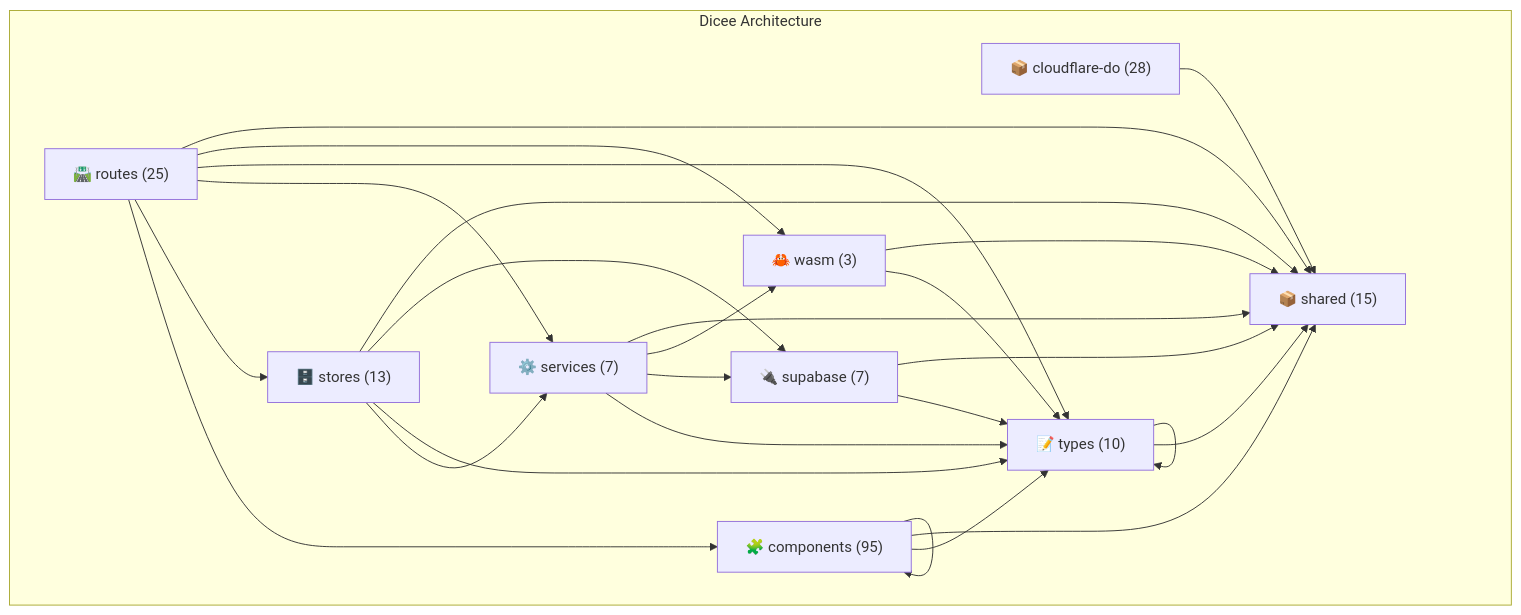
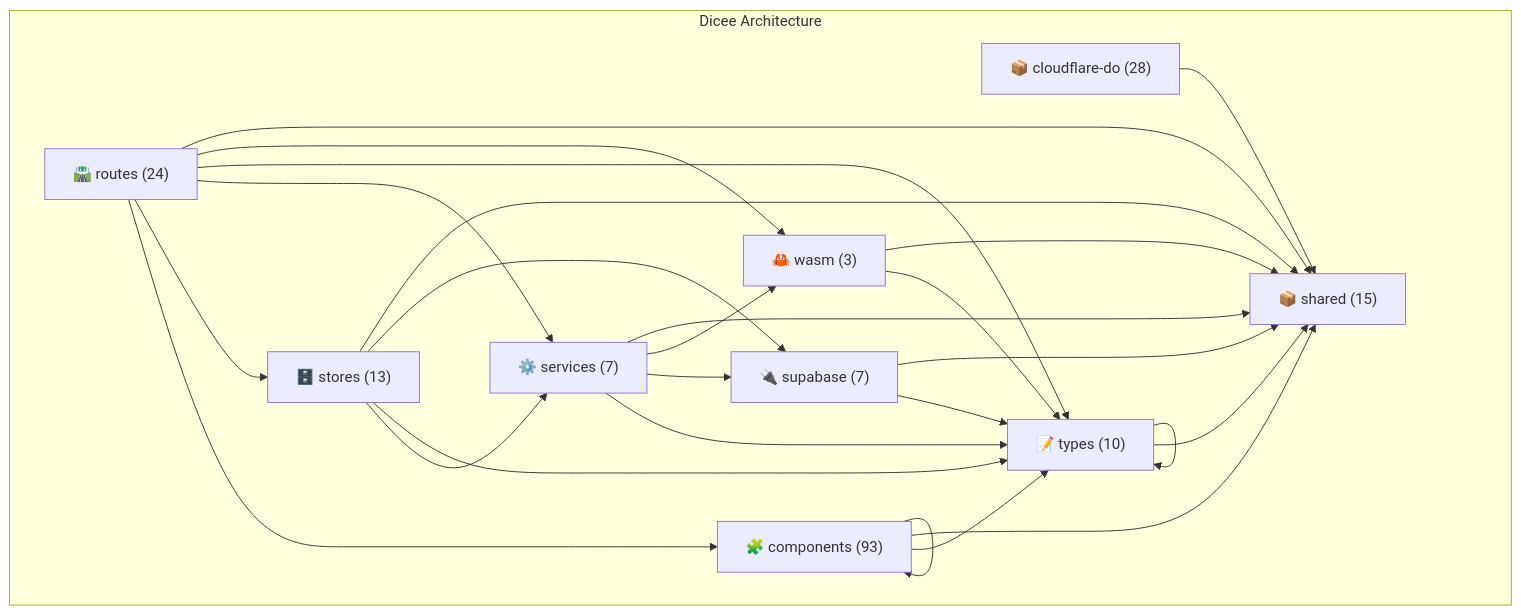
Before and after one commit to verlyn13/dicee: the diagram in docs/architecture/akg/diagrams/LAYER_ARCHITECTURE.md, drawn with Mermaid. The commit also changed other lines of this file and 9 other files, not shown here.

First line of the commit message:
chore(akg): regenerate diagrams after mobile UX simplification

````diff
--- a/docs/architecture/akg/diagrams/LAYER_ARCHITECTURE.md
+++ b/docs/architecture/akg/diagrams/LAYER_ARCHITECTURE.md
@@ -16,39 +16,39 @@
 ```mermaid
 flowchart TB
     subgraph "Dicee Architecture"
         shared["📦 shared (15)"]
         cloudflare_do["📦 cloudflare-do (28)"]
-        routes["🛣️ routes (25)"]
-        components["🧩 components (95)"]
+        routes["🛣️ routes (24)"]
+        components["🧩 components (93)"]
         stores["🗄️ stores (13)"]
         services["⚙️ services (7)"]
         types["📝 types (10)"]
         supabase["🔌 supabase (7)"]
         wasm["🦀 wasm (3)"]
     end
 
     cloudflare_do --> shared
     routes --> components
     routes --> stores
     routes --> services
     routes --> types
     routes --> wasm
     routes --> shared
     components --> components
     components --> types
     components --> shared
     stores --> services
     stores --> types
     stores --> supabase
     stores --> shared
     services --> types
     services --> supabase
     services --> wasm
     services --> shared
     types --> types
     types --> shared
     supabase --> types
     supabase --> shared
     wasm --> types
     wasm --> shared
 ```
````
